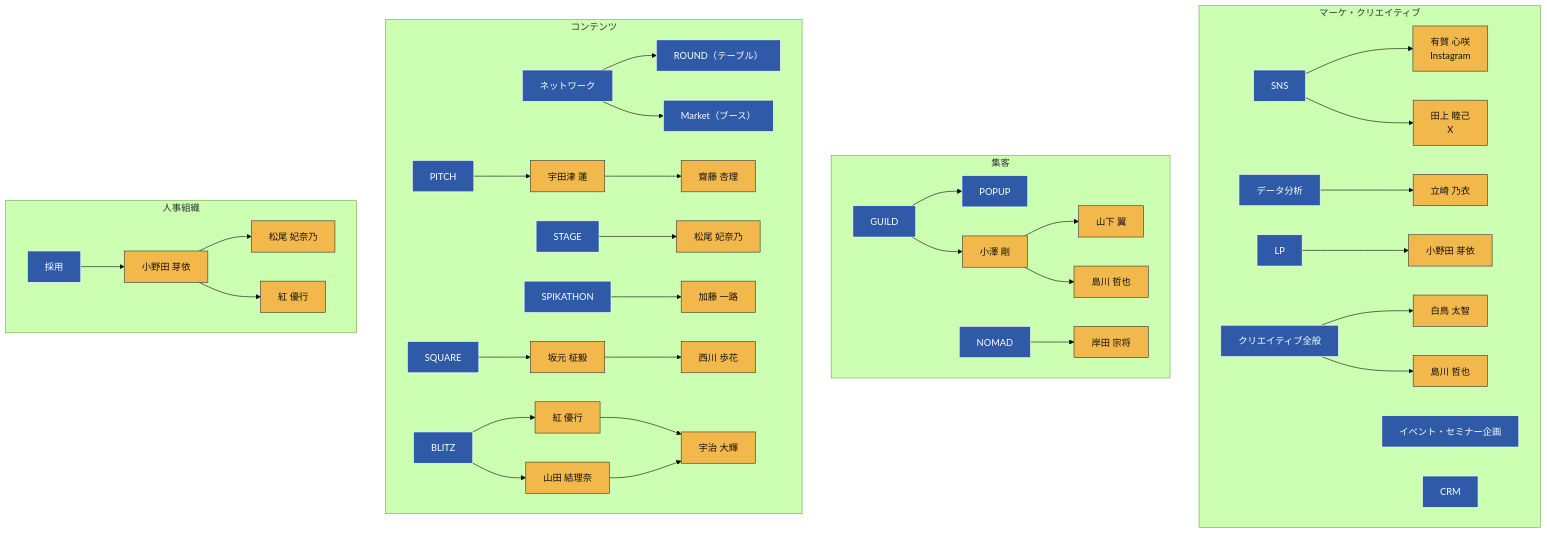
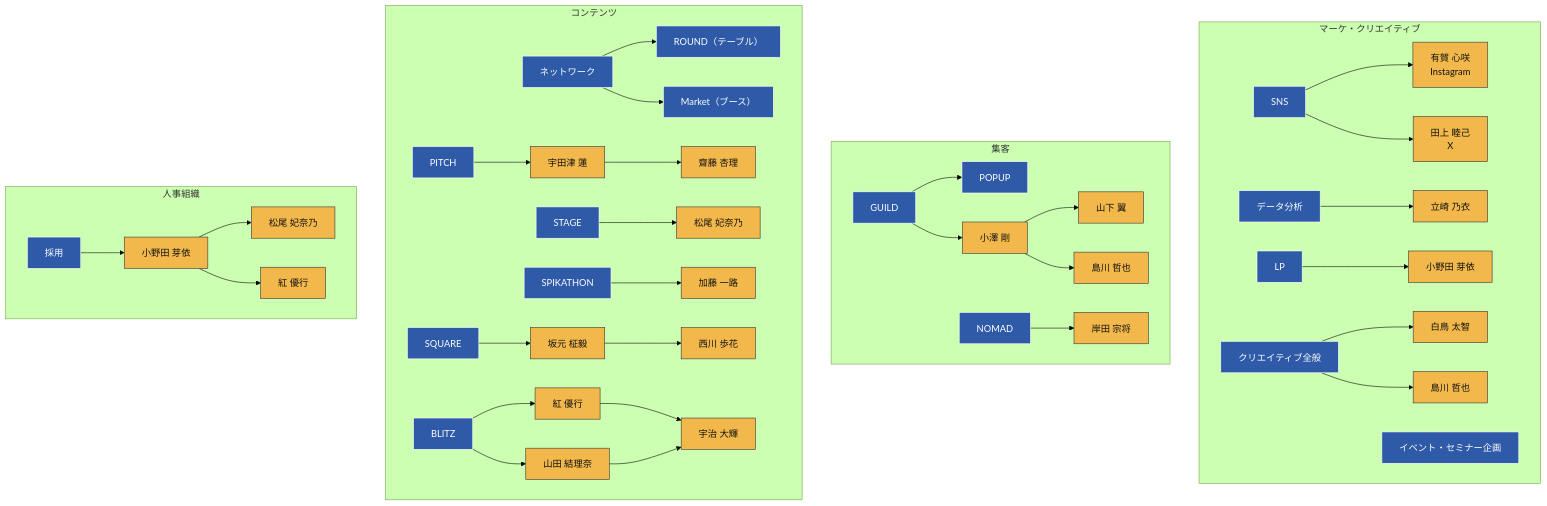
One commit to liofval/spikes_hr changed the second of 2 diagrams in spikes-org-chart.md. Above: the diagram before and after it, drawn with Mermaid (forest theme). The commit also changed 1 other file, not shown here.

Commit message:
担当者マップ: CRMノードも削除

````diff
--- a/spikes-org-chart.md
+++ b/spikes-org-chart.md
@@ -70,61 +70,60 @@
 ```mermaid
 graph TD
     subgraph SG_MC ["マーケ・クリエイティブ"]
       SNS[SNS]
       DATA[データ分析]
       EV[イベント・セミナー企画]
       LP[LP]
-      CRM[CRM]
       CREATIVE[クリエイティブ全般]
       SNS --> Aruga2[有賀 心咲<br/>Instagram]
       SNS --> Tagami2[田上 睦己<br/>X]
       DATA --> Tatsuzaki2[立崎 乃衣]
       LP --> Onoda3[小野田 芽依]
       CREATIVE --> Shiratori2[白鳥 太智]
       CREATIVE --> Shimakawa3[島川 哲也]
     end
 
     subgraph SG_PROMO ["集客"]
       GUILD[GUILD]
       NOMAD[NOMAD]
       GUILD --> POPUP[POPUP]
       GUILD --> Ozawa2[小澤 剛]
       Ozawa2 --> Yamashita2[山下 翼]
       Ozawa2 --> Shimakawa2[島川 哲也]
       NOMAD --> Kishida2[岸田 宗将]
     end
 
     subgraph SG_CONT ["コンテンツ"]
       PITCH[PITCH]
       STAGE[STAGE]
       SPIKATHON[SPIKATHON]
       SQUARE[SQUARE]
       BLITZ[BLITZ]
       NW[ネットワーク]
       NW --> ROUND["ROUND（テーブル）"]
       NW --> MARKET["Market（ブース）"]
 
       PITCH --> Udatsu2[宇田津 蓮]
       Udatsu2 --> Saito2[齋藤 杏理]
       STAGE --> Matsuo2[松尾 妃奈乃]
       SPIKATHON --> Kato2[加藤 一路]
       SQUARE --> Sakamoto2[坂元 柾毅]
       Sakamoto2 --> Nishikawa2[西川 歩花]
       BLITZ --> Kurenai2[紅 優行]
       BLITZ --> Yamada2[山田 結理奈]
       Kurenai2 --> Uji2[宇治 大輝]
       Yamada2 --> Uji2
     end
 
     subgraph SG_HR ["人事組織"]
       RECRUIT[採用]
       RECRUIT --> Onoda2[小野田 芽依]
       Onoda2 --> Matsuo3[松尾 妃奈乃]
       Onoda2 --> Kurenai3[紅 優行]
     end
 
     classDef role fill:#2e5aa8,stroke:#fff,color:#fff;
     classDef person fill:#f2b84b,stroke:#333,color:#111;
-    class SNS,DATA,EV,LP,CRM,GUILD,NOMAD,CREATIVE,PITCH,STAGE,SPIKATHON,NW,SQUARE,BLITZ,ROUND,MARKET,POPUP,RECRUIT role;
+    class SNS,DATA,EV,LP,GUILD,NOMAD,CREATIVE,PITCH,STAGE,SPIKATHON,NW,SQUARE,BLITZ,ROUND,MARKET,POPUP,RECRUIT role;
     class Aruga2,Tagami2,Tatsuzaki2,Ozawa2,Yamashita2,Shimakawa2,Shimakawa3,Kishida2,Shiratori2,Udatsu2,Saito2,Matsuo2,Matsuo3,Kato2,Sakamoto2,Nishikawa2,Kurenai2,Kurenai3,Yamada2,Onoda2,Onoda3,Uji2 person;
 ```
````
